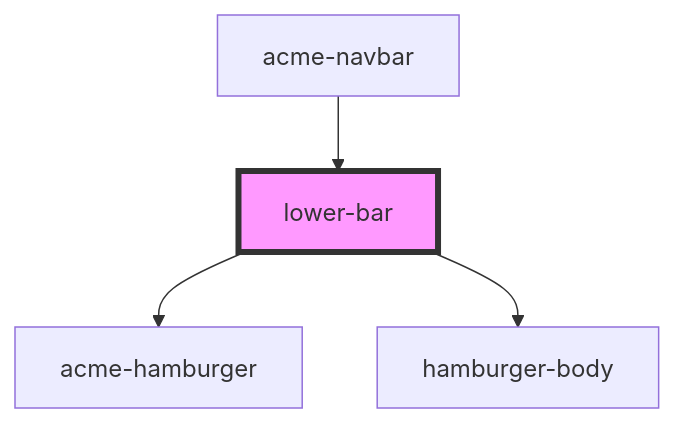
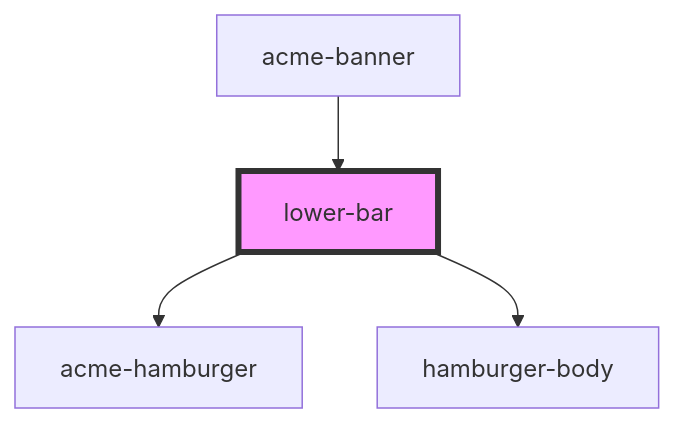
Before and after one commit to LucaArgentieri/ACME-Enterprise: the diagram in src/components/lower-bar/readme.md, drawn with Mermaid. The commit also changed other lines of this file and 7 other files, not shown here.

````diff
--- a/src/components/lower-bar/readme.md
+++ b/src/components/lower-bar/readme.md
@@ -30,7 +30,7 @@
 ```mermaid
 graph TD;
   lower-bar --> acme-hamburger
   lower-bar --> hamburger-body
-  acme-navbar --> lower-bar
+  acme-banner --> lower-bar
   style lower-bar fill:#f9f,stroke:#333,stroke-width:4px
 ```
````
